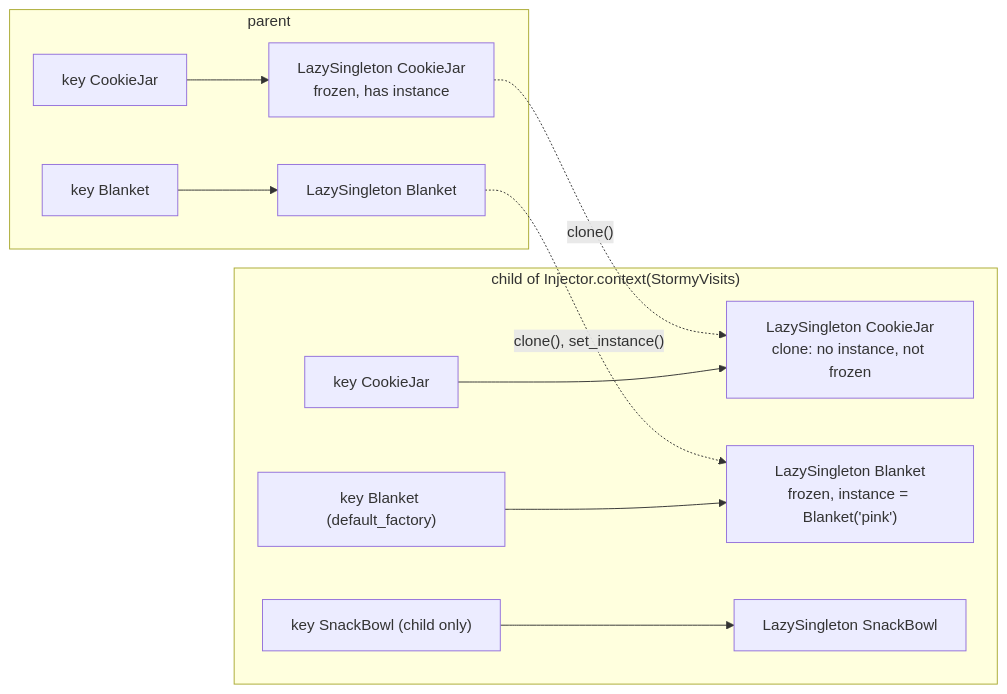
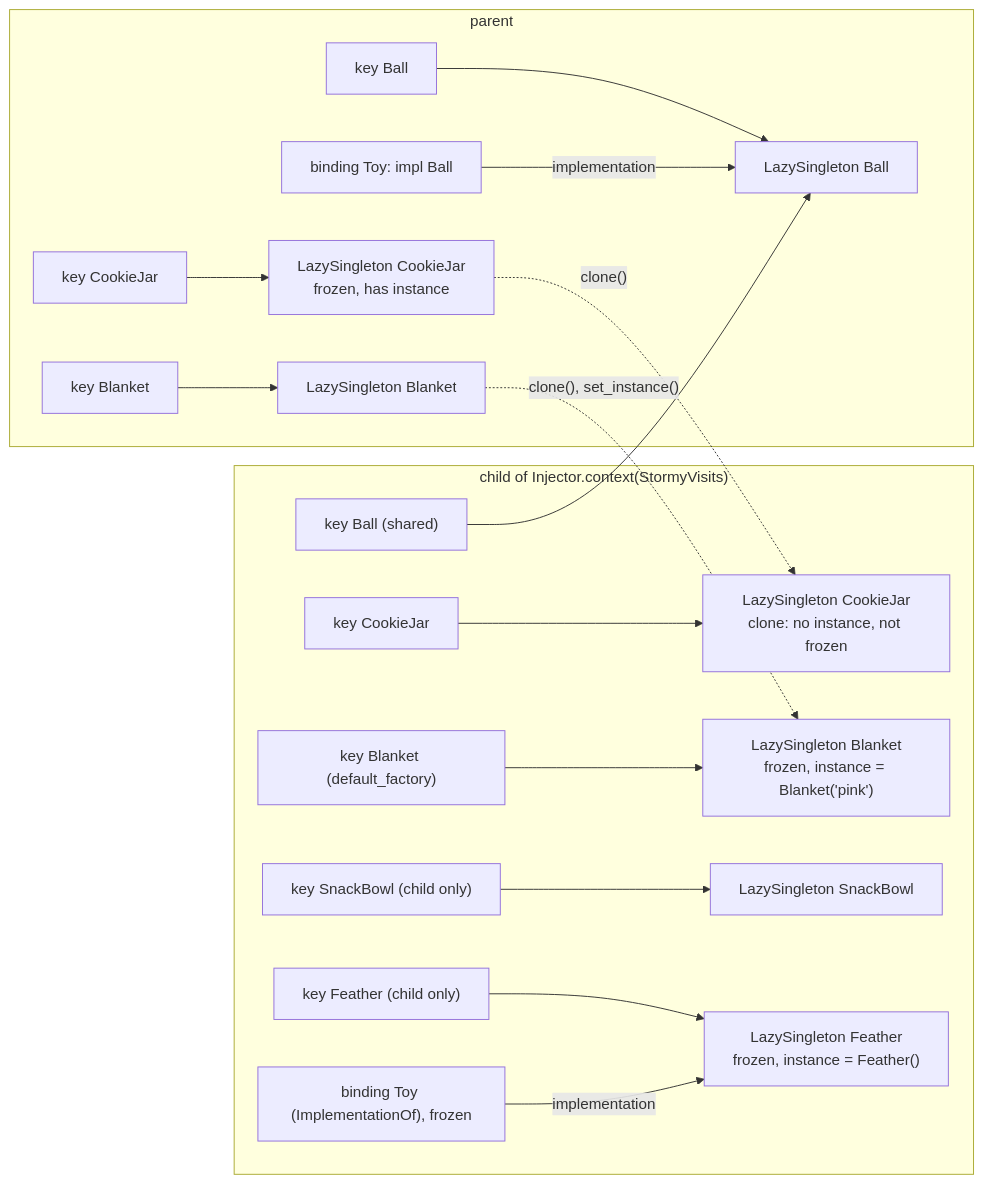
One commit to 0xf104a/smalldi changed the seventh of 10 diagrams in docs/contexts.md. Above: the diagram before and after it, drawn with Mermaid. The commit also changed other lines of this file and 28 other files, not shown here.

````diff
--- a/docs/contexts.md
+++ b/docs/contexts.md
@@ -230,14 +239,19 @@
 ```mermaid
 flowchart LR
     subgraph parent["parent"]
         pJar["key CookieJar"] --> LS1["LazySingleton CookieJar<br/>frozen, has instance"]
         pBlanket["key Blanket"] --> LS2["LazySingleton Blanket"]
+        pBall["key Ball"] --> LS5["LazySingleton Ball"]
+        pToy["binding Toy: impl Ball"] -- implementation --> LS5
     end
     subgraph child["child of Injector.context(StormyVisits)"]
         cJar["key CookieJar"] --> LS1c["LazySingleton CookieJar<br/>clone: no instance, not frozen"]
         cBlanket["key Blanket (default_factory)"] --> LS2c["LazySingleton Blanket<br/>frozen, instance = Blanket('pink')"]
         cBowl["key SnackBowl (child only)"] --> LS3["LazySingleton SnackBowl"]
+        cBall["key Ball (shared)"] --> LS5
+        cFeather["key Feather (child only)"] --> LS4["LazySingleton Feather<br/>frozen, instance = Feather()"]
+        cToy["binding Toy (ImplementationOf), frozen"] -- implementation --> LS4
     end
     LS1 -. "clone()" .-> LS1c
     LS2 -. "clone(), set_instance()" .-> LS2c
 ```
````
